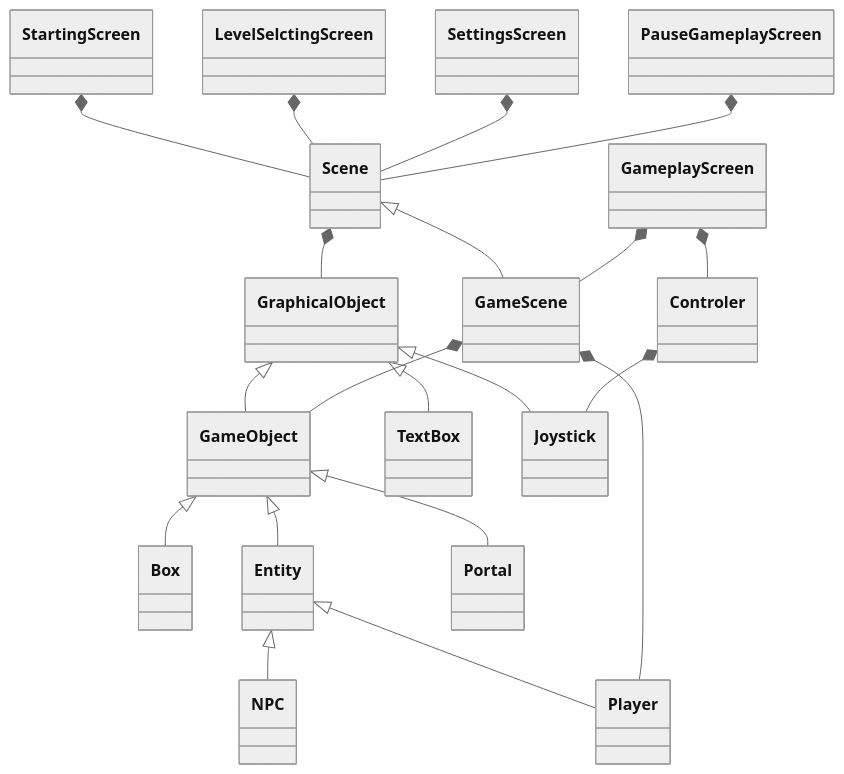
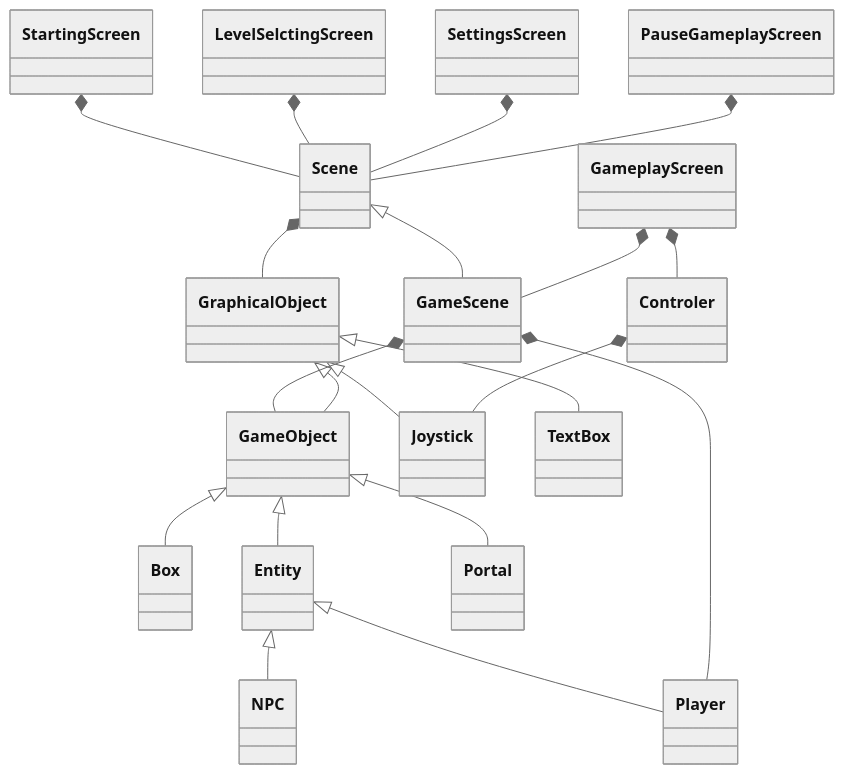
Before and after one commit to dRoycon/HS_SoftwareEngineeringProject: the diagram in planning_class_structure/README.md, drawn with Mermaid (neutral theme).

Commit message:
modified:   planning_class_structure/README.md

````diff
--- a/planning_class_structure/README.md
+++ b/planning_class_structure/README.md
@@ -3,33 +3,34 @@
 ``` mermaid
 classDiagram
+    GameScene *-- GameObject
+    GraphicalObject <|-- Joystick
+
     GraphicalObject <|-- GameObject 
     GraphicalObject <|-- TextBox
-    GraphicalObject <|-- Joystick
 
     GameObject <|-- Box
     GameObject <|-- Entity
 
     Entity <|-- NPC
     Entity <|-- Player
 
     Scene *-- GraphicalObject
     GameObject <|-- Portal
 
     Scene <|-- GameScene
 
     GameScene *-- Player
-    GameScene *-- GameObject
 
     Controler *-- Joystick
 
     GameplayScreen *-- GameScene
     GameplayScreen *-- Controler
 
     StartingScreen *-- Scene
 
     LevelSelctingScreen *-- Scene
     SettingsScreen *-- Scene
     PauseGameplayScreen *-- Scene
 
 
 ```
````
